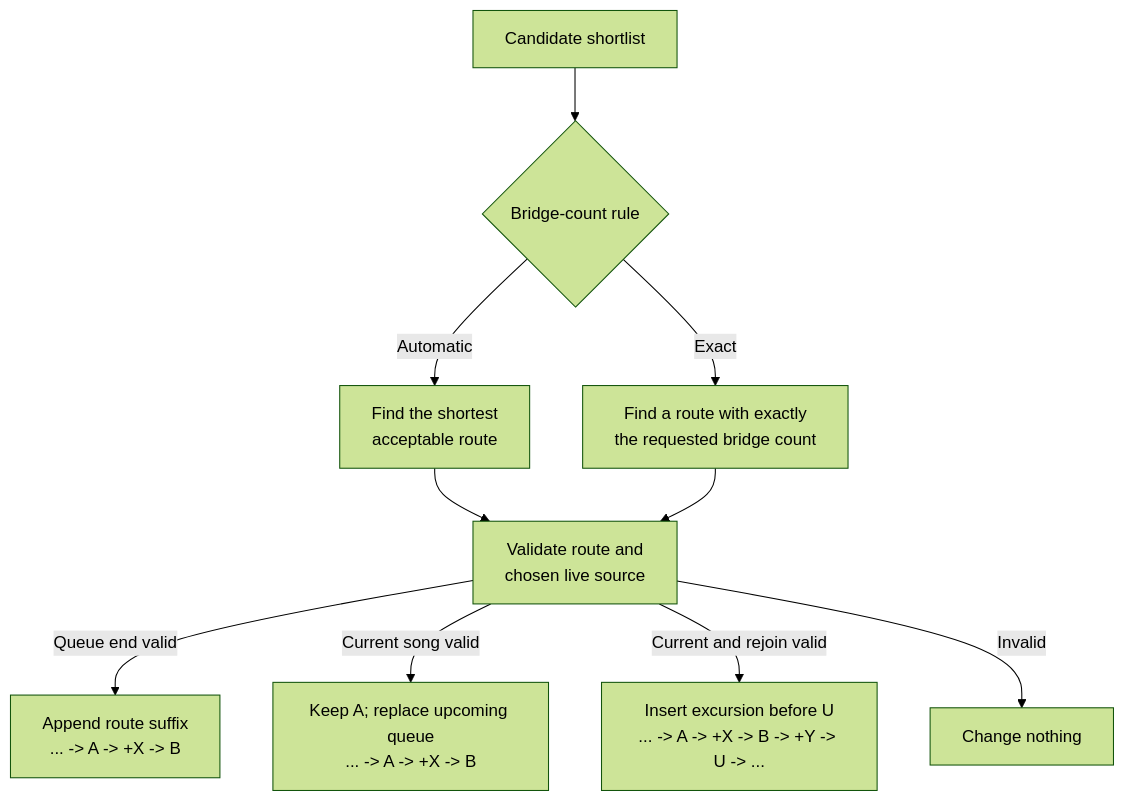
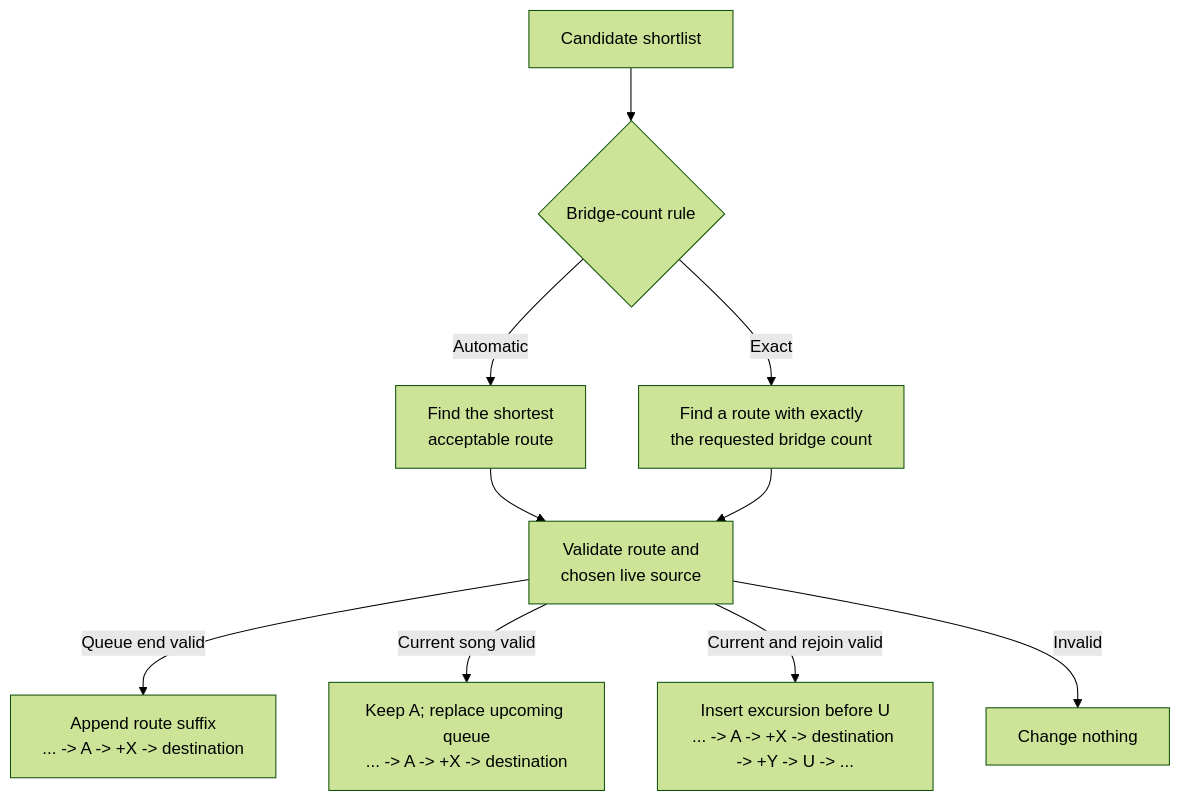
Before and after one commit to chrober/lms-better-call-bliss: the fourth of 13 diagrams in ALGORITHMS.md, drawn with Mermaid (forest theme). The commit also changed other lines of this file and 16 other files, not shown here.

```diff
--- a/ALGORITHMS.md
+++ b/ALGORITHMS.md
@@ -214,12 +216,12 @@
 ~~~mermaid
 flowchart TD
     S["Candidate shortlist"] --> M{"Bridge-count rule"}
     M -- Automatic --> A["Find the shortest<br/>acceptable route"]
     M -- Exact --> E["Find a route with exactly<br/>the requested bridge count"]
     A --> V["Validate route and<br/>chosen live source"]
     E --> V
-    V -- Queue end valid --> O["Append route suffix<br/>... -> A -> +X -> B"]
-    V -- Current song valid --> N["Keep A; replace upcoming queue<br/>... -> A -> +X -> B"]
-    V -- Current and rejoin valid --> R["Insert excursion before U<br/>... -> A -> +X -> B -> +Y -> U -> ..."]
+    V -- Queue end valid --> O["Append route suffix<br/>... -> A -> +X -> destination"]
+    V -- Current song valid --> N["Keep A; replace upcoming queue<br/>... -> A -> +X -> destination"]
+    V -- Current and rejoin valid --> R["Insert excursion before U<br/>... -> A -> +X -> destination -> +Y -> U -> ..."]
     V -- Invalid --> F["Change nothing"]
 ~~~
```
